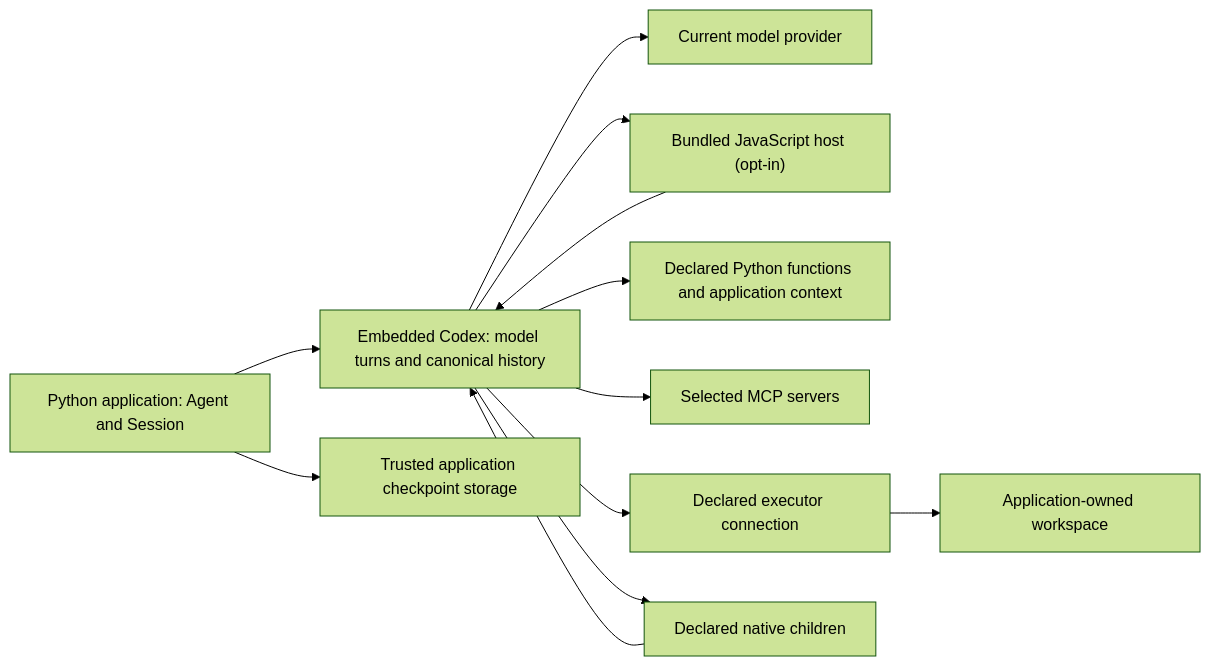
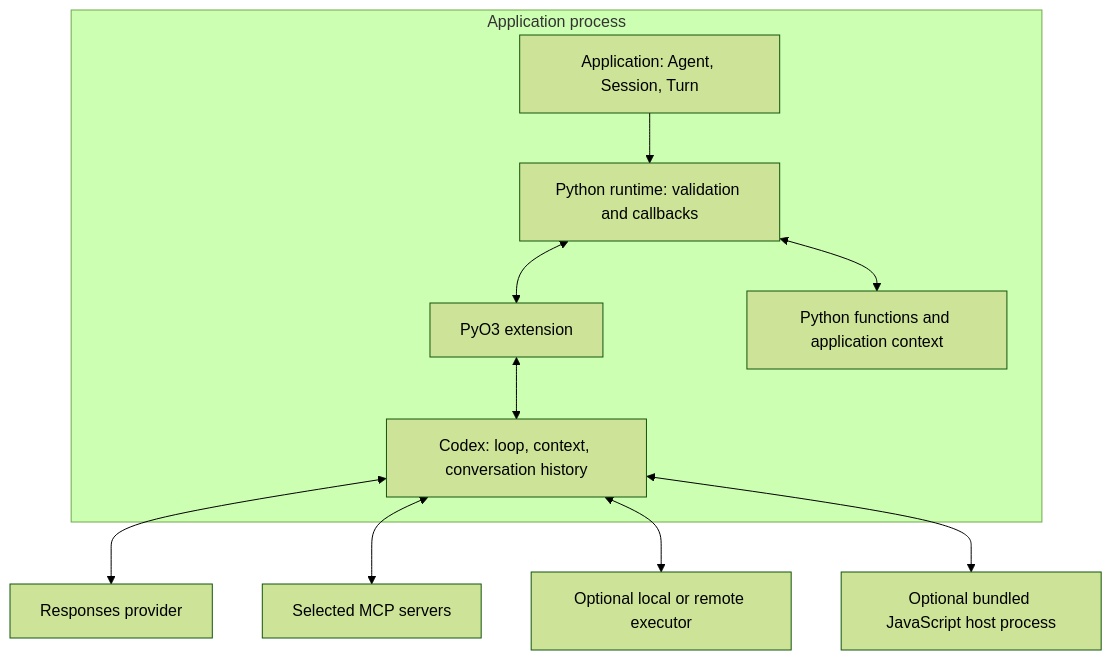
One commit to openai/openai-agents-python changed the first of 2 diagrams in docs/sdk/concepts.md. Above: the diagram before and after it, drawn with Mermaid (forest theme). The commit also changed other lines of this file and 1 other file, not shown here.

Commit message:
docs: explain Codex architecture and v0 migration

````diff
--- a/docs/sdk/concepts.md
+++ b/docs/sdk/concepts.md
@@ -37,14 +37,13 @@
 ```mermaid
-flowchart LR
-    App["Python application: Agent and Session"] --> Core["Embedded Codex: model turns and canonical history"]
-    Core --> Provider["Current model provider"]
-    Core --> Code["Bundled JavaScript host (opt-in)"]
-    Code --> Core
-    Core --> Python["Declared Python functions and application context"]
-    Core --> MCP["Selected MCP servers"]
-    Core --> Exec["Declared executor connection"]
-    Exec --> Workspace["Application-owned workspace"]
-    Core --> Children["Declared native children"]
-    Children --> Core
-    App --> State["Trusted application checkpoint storage"]
+flowchart TB
+    subgraph Worker["Application process"]
+        App["Application: Agent, Session, Turn"] --> SDK["Python runtime: validation and callbacks"]
+        SDK <--> Binding["PyO3 extension"]
+        Binding <--> Core["Codex: loop, context, conversation history"]
+        SDK <--> Functions["Python functions and application context"]
+    end
+    Core <--> Provider["Responses provider"]
+    Core <--> MCP["Selected MCP servers"]
+    Core <--> Executor["Optional local or remote executor"]
+    Core <--> Code["Optional bundled JavaScript host process"]
 ```
````
